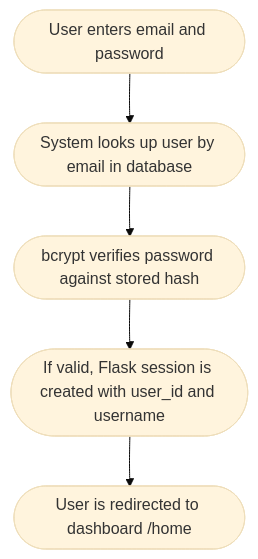
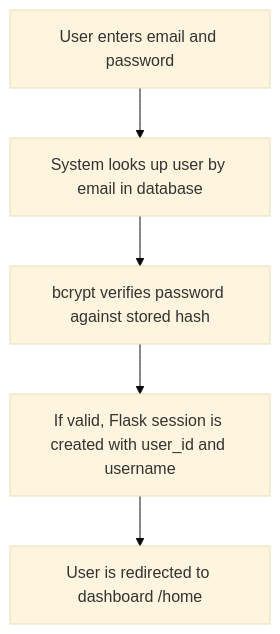
One commit to chaitanyasaiyerra/Musuem-chatbot changed the third of 15 diagrams in STEP_BY_STEP_GUIDE.md. Above: the diagram before and after it, drawn with Mermaid (base theme). The commit also changed other lines of this file and 1 other file, not shown here.

Commit message:
docs: wrap mermaid nodes in standard boxes with quotes to prevent text wrapping

````diff
--- a/STEP_BY_STEP_GUIDE.md
+++ b/STEP_BY_STEP_GUIDE.md
@@ -50,7 +50,7 @@
 ```mermaid
 graph TD
-    A([User enters email and password]) --> B([System looks up user by email in database])
-    B --> C([bcrypt verifies password against stored hash])
-    C --> D([If valid, Flask session is created with user_id and username])
-    D --> E([User is redirected to dashboard /home])
+    A["User enters email and password"] --> B["System looks up user by email in database"]
+    B --> C["bcrypt verifies password against stored hash"]
+    C --> D["If valid, Flask session is created with user_id and username"]
+    D --> E["User is redirected to dashboard /home"]
 ```
````
